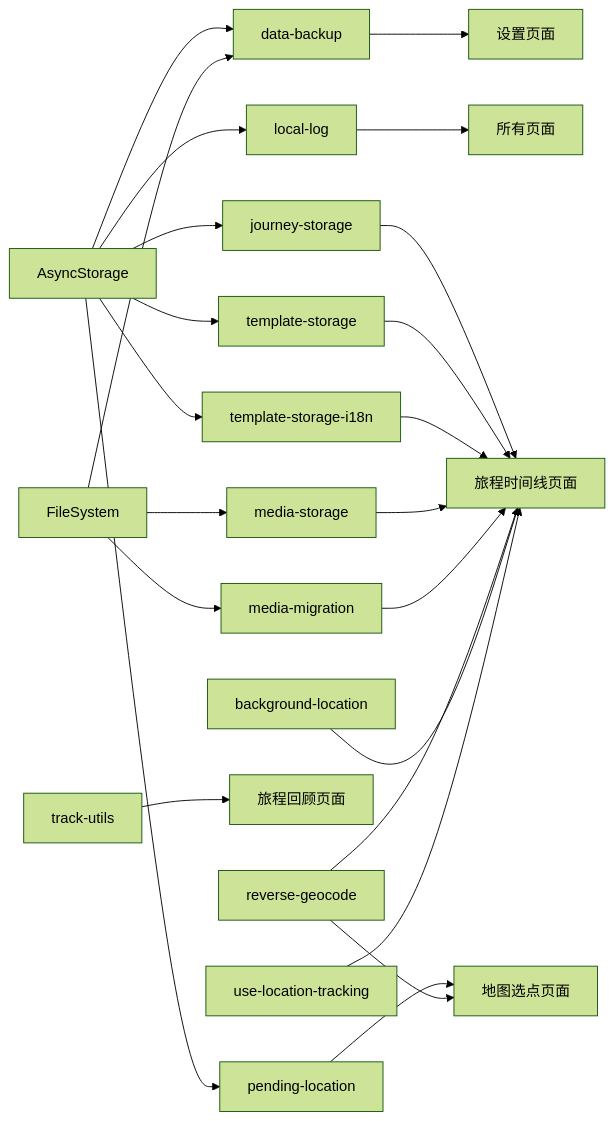
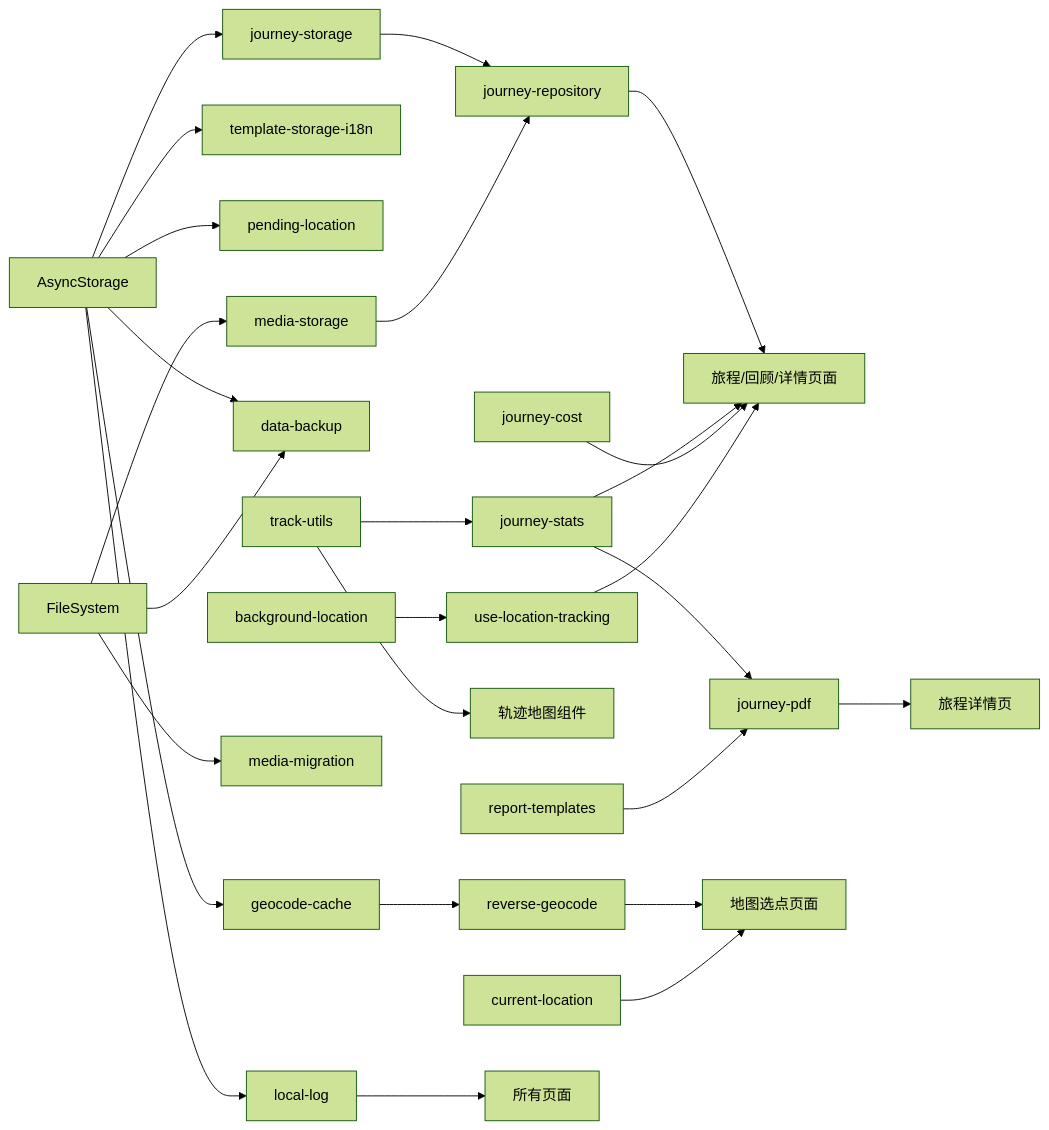
One commit to dsjerry/gowherer-web changed the diagram in docs/services.md. Above: the diagram before and after it, drawn with Mermaid (forest theme). The commit also changed other lines of this file and 18 other files, not shown here.

````diff
--- a/docs/services.md
+++ b/docs/services.md
@@ -412,28 +395,32 @@
 ```mermaid
 flowchart LR
     Storage[AsyncStorage] --> JourneyStorage[journey-storage]
-    Storage --> TemplateStorage[template-storage]
     Storage --> TemplateI18n[template-storage-i18n]
     Storage --> PendingLocation[pending-location]
     Storage --> LocalLog[local-log]
     Storage --> DataBackup[data-backup]
+    Storage --> GeocodeCache[geocode-cache]
 
     FileSystem[FileSystem] --> MediaStorage[media-storage]
     FileSystem --> MediaMigration[media-migration]
     FileSystem --> DataBackup
 
-    JourneyStorage --> JourneyPage[旅程时间线页面]
-    TemplateStorage --> JourneyPage
-    TemplateI18n --> JourneyPage
-    PendingLocation --> LocationPicker[地图选点页面]
-    DataBackup --> SettingsPage[设置页面]
+    JourneyStorage --> JourneyRepo[journey-repository]
+    MediaStorage --> JourneyRepo
+    JourneyRepo --> JourneyPages[旅程/回顾/详情页面]
 
-    TrackUtils[track-utils] --> ExplorePage[旅程回顾页面]
-    MediaStorage --> JourneyPage
-    MediaMigration[media-migration] --> JourneyPage
-    ReverseGeocode[reverse-geocode] --> LocationPicker
-    ReverseGeocode --> JourneyPage
-    BackgroundLocation[background-location] --> JourneyPage
-    LocationTracking[use-location-tracking] --> JourneyPage
+    JourneyStats[journey-stats] --> JourneyPages
+    JourneyStats --> JourneyPdf[journey-pdf]
+    JourneyCost[journey-cost] --> JourneyPages
+    ReportTemplates[report-templates] --> JourneyPdf
+    JourneyPdf --> DetailPage[旅程详情页]
+
+    TrackUtils[track-utils] --> JourneyStats
+    TrackUtils --> TrackMap[轨迹地图组件]
+    GeocodeCache --> ReverseGeocode[reverse-geocode]
+    ReverseGeocode --> LocationPicker[地图选点页面]
+    CurrentLocation[current-location] --> LocationPicker
+    BackgroundLocation[background-location] --> TrackingHook[use-location-tracking]
+    TrackingHook --> JourneyPages
     LocalLog --> AllPages[所有页面]
 ```
````
